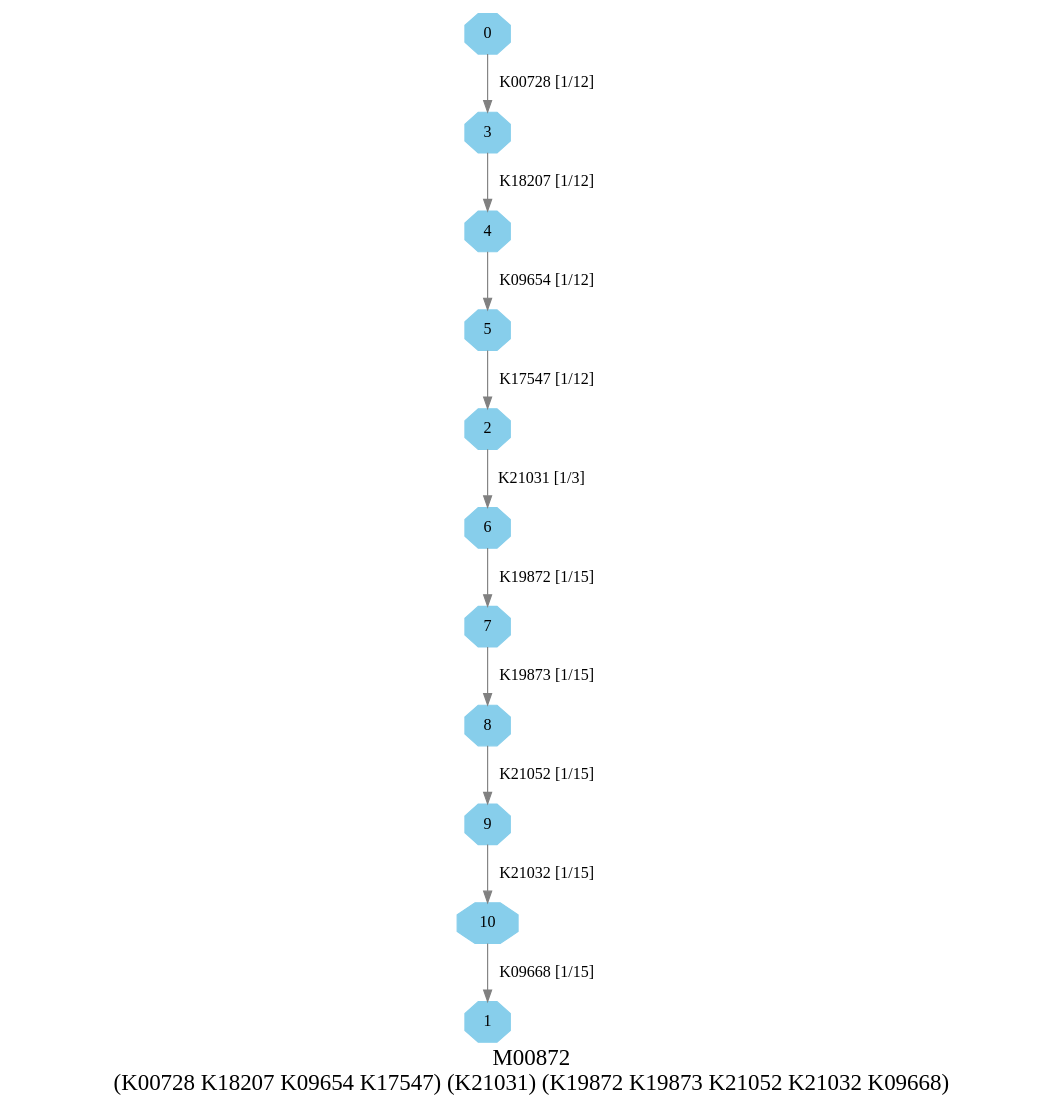
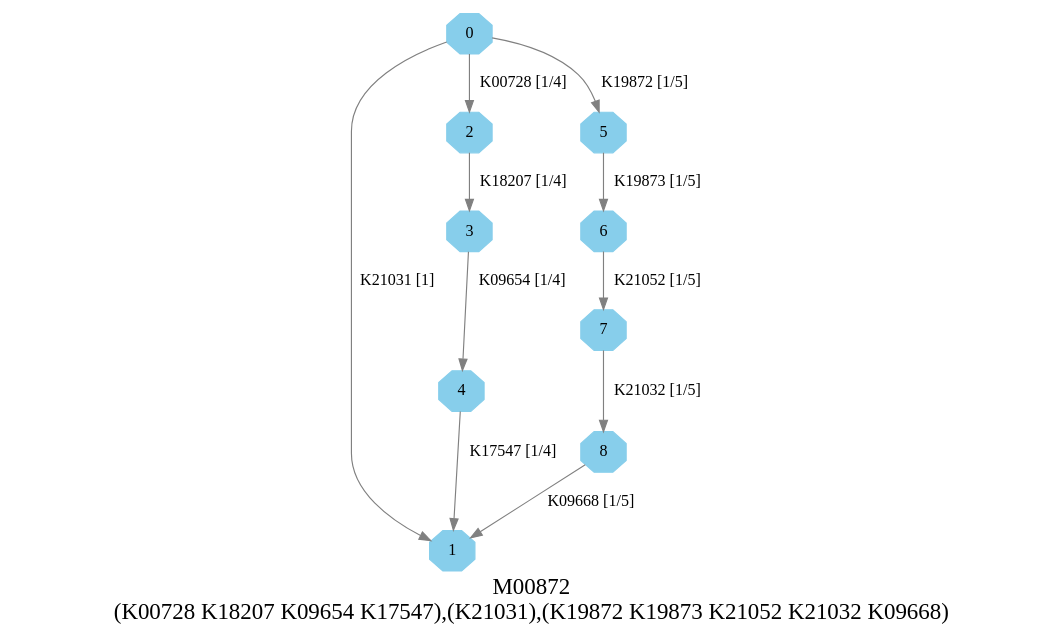
One commit to EBI-Metagenomics/kegg-pathways-completeness-tool changed the diagram in graphs/dots/M00872.dot. Above: the diagram before and after it, drawn with Graphviz. The commit also changed 45 other files, not shown here.

```diff
--- a/graphs/dots/M00872.dot
+++ b/graphs/dots/M00872.dot
@@ -1,17 +1,17 @@
 digraph G {
 graph [label="M00872
-(K00728 K18207 K09654 K17547) (K21031) (K19872 K19873 K21052 K21032 K09668)",fontsize=20];
+(K00728 K18207 K09654 K17547),(K21031),(K19872 K19873 K21052 K21032 K09668)",fontsize=20];
 node [shape=box,style=filled];
 edge [len=3,color=grey];
-{node [width=.3,height=.3,shape=octagon,style=filled,color=skyblue] 0 1 2 3 4 5 6 7 8 9 10 }
-0 -> 3 [label="K00728 [1/12]"];
-2 -> 6 [label="K21031 [1/3]"];
-3 -> 4 [label="K18207 [1/12]"];
-4 -> 5 [label="K09654 [1/12]"];
-5 -> 2 [label="K17547 [1/12]"];
-6 -> 7 [label="K19872 [1/15]"];
-7 -> 8 [label="K19873 [1/15]"];
-8 -> 9 [label="K21052 [1/15]"];
-9 -> 10 [label="K21032 [1/15]"];
-10 -> 1 [label="K09668 [1/15]"];
+{node [width=.3,height=.3,shape=octagon,style=filled,color=skyblue] 0 1 2 3 4 5 6 7 8 }
+0 -> 2 [label="K00728 [1/4]"];
+0 -> 1 [label="K21031 [1]"];
+0 -> 5 [label="K19872 [1/5]"];
+2 -> 3 [label="K18207 [1/4]"];
+3 -> 4 [label="K09654 [1/4]"];
+4 -> 1 [label="K17547 [1/4]"];
+5 -> 6 [label="K19873 [1/5]"];
+6 -> 7 [label="K21052 [1/5]"];
+7 -> 8 [label="K21032 [1/5]"];
+8 -> 1 [label="K09668 [1/5]"];
 }
```
